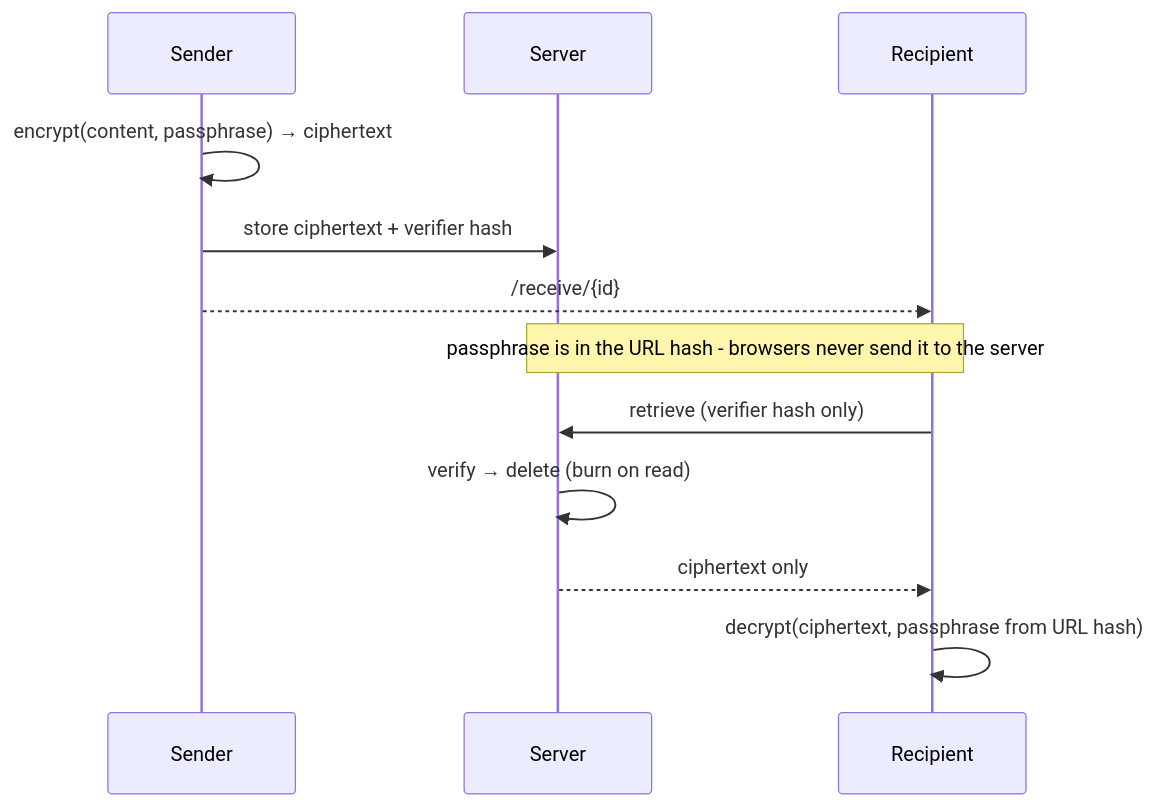
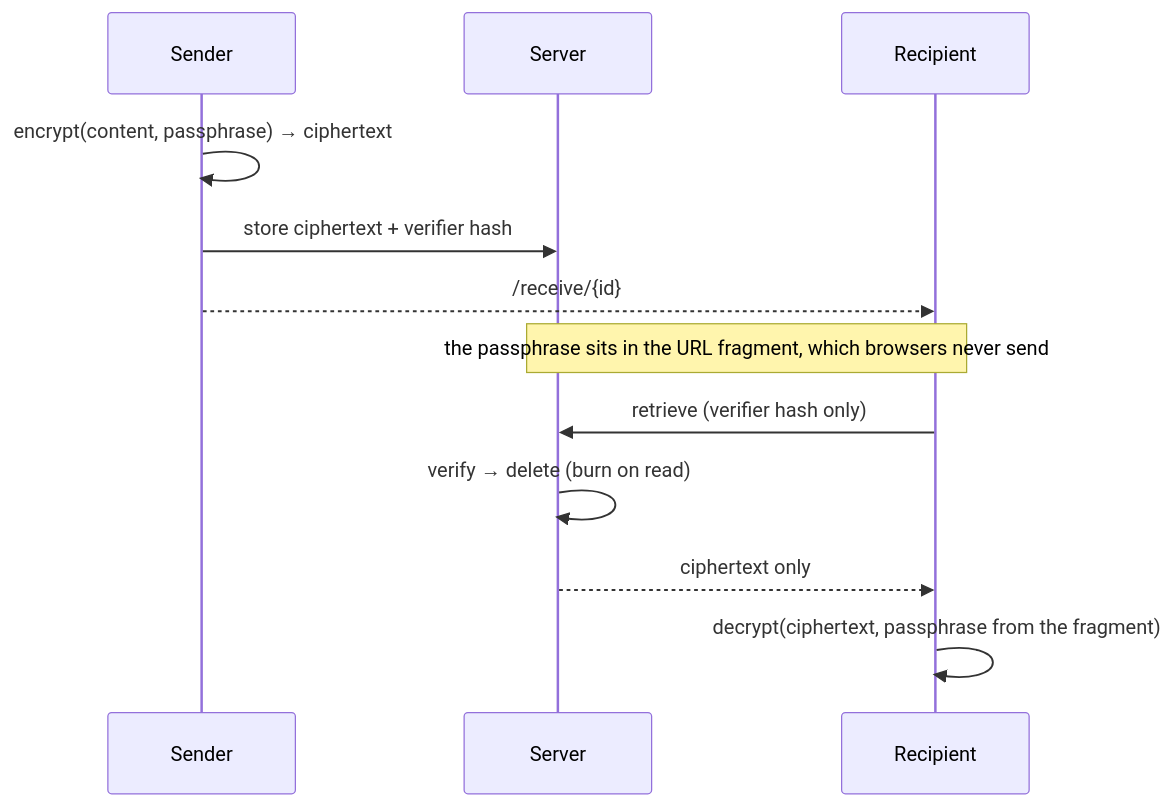
Before and after one commit to maciekaz/Edge-Secrets: the first of 2 diagrams in README.md, drawn with Mermaid. The commit also changed other lines of this file and 10 other files, not shown here.

````diff
--- a/README.md
+++ b/README.md
@@ -93,18 +61,18 @@
 ```mermaid
 sequenceDiagram
     participant S as Sender
     participant Server
     participant R as Recipient
 
     S->>S: encrypt(content, passphrase) → ciphertext
     S->>Server: store ciphertext + verifier hash
     S-->>R: /receive/{id}#passphrase
 
-    Note over Server,R: passphrase is in the URL hash - browsers never send it to the server
+    Note over Server,R: the passphrase sits in the URL fragment, which browsers never send
 
     R->>Server: retrieve (verifier hash only)
     Server->>Server: verify → delete (burn on read)
     Server-->>R: ciphertext only
 
-    R->>R: decrypt(ciphertext, passphrase from URL hash)
+    R->>R: decrypt(ciphertext, passphrase from the fragment)
 ```
````
